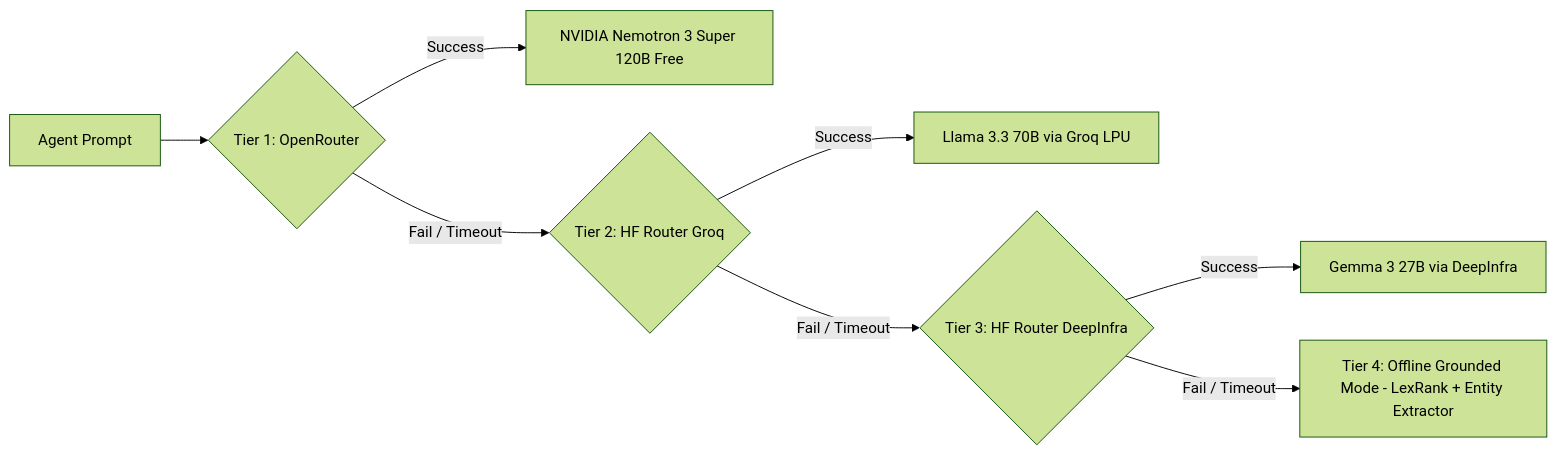
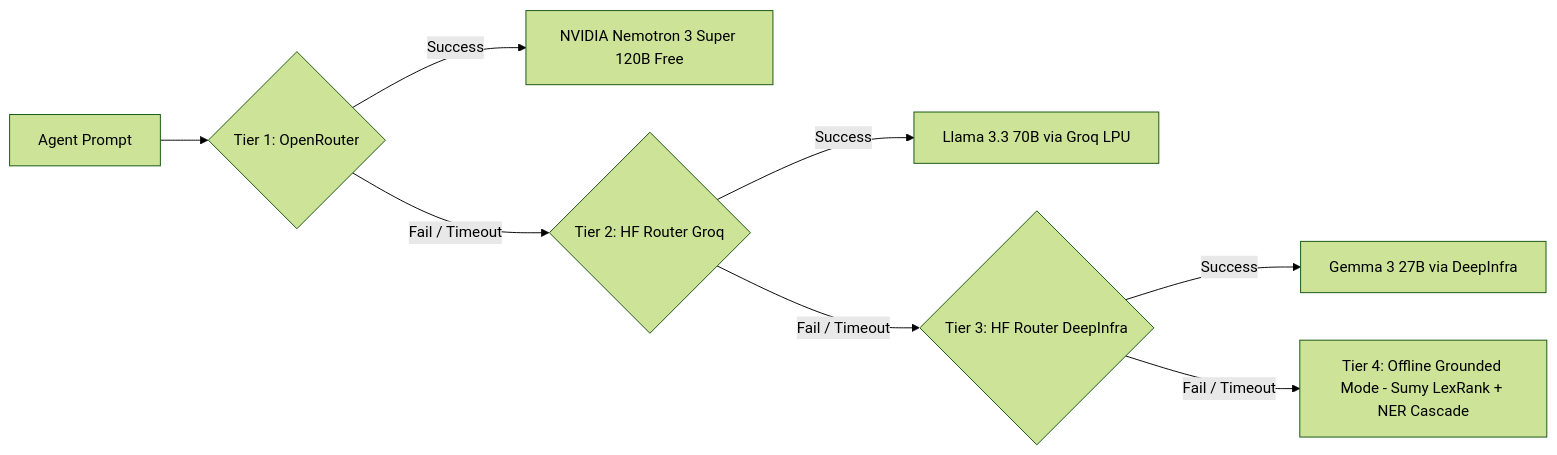
Before and after one commit to Nawaz-khan-droid/cawncade-ai: the fifth of 6 diagrams in docs/ARCHITECTURE.md, drawn with Mermaid (forest theme). The commit also changed other lines of this file and 2 other files, not shown here.

Commit message:
Production Upgrade: Multi-Tier Failover Cascade and Tier 0 Text Matcher

````diff
--- a/docs/ARCHITECTURE.md
+++ b/docs/ARCHITECTURE.md
@@ -350,10 +357,10 @@
 ```mermaid
 flowchart LR
     Request[Agent Prompt] --> Tier1{Tier 1: OpenRouter}
     Tier1 -->|Success| Nemotron[NVIDIA Nemotron 3 Super 120B Free]
     Tier1 -->|Fail / Timeout| Tier2{Tier 2: HF Router Groq}
     Tier2 -->|Success| GroqLlama[Llama 3.3 70B via Groq LPU]
     Tier2 -->|Fail / Timeout| Tier3{Tier 3: HF Router DeepInfra}
     Tier3 -->|Success| Gemma27B[Gemma 3 27B via DeepInfra]
-    Tier3 -->|Fail / Timeout| Tier4[Tier 4: Offline Grounded Mode - LexRank + Entity Extractor]
+    Tier3 -->|Fail / Timeout| Tier4[Tier 4: Offline Grounded Mode - Sumy LexRank + NER Cascade]
 ```
````
